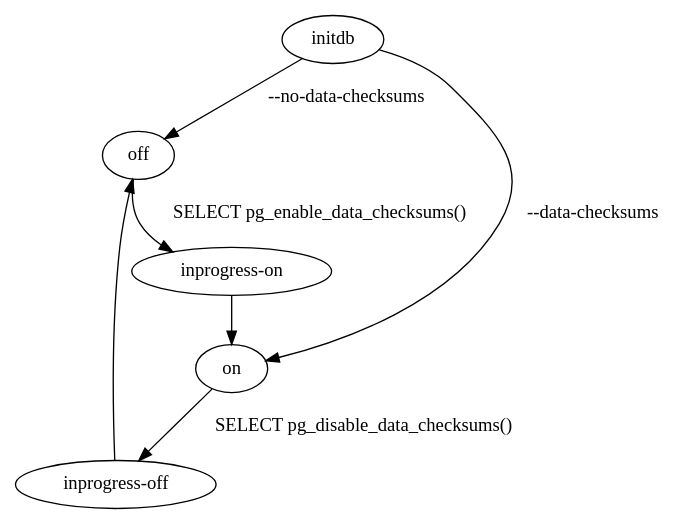
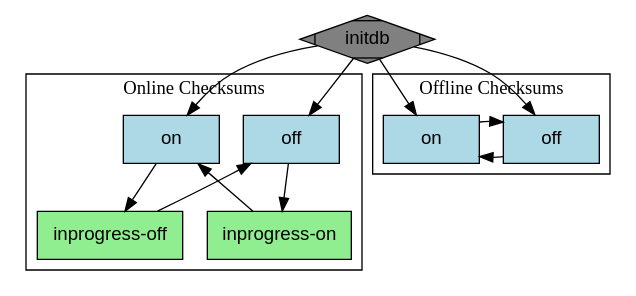
One commit to pgsty/pgdoc changed the diagram in zh/20/images/datachecksums.gv. Above: the diagram before and after it, drawn with Graphviz. The commit also changed 5 other files, not shown here.

First line of the commit message:
docs(zh20): clarify online and offline checksum transitions

```diff
--- a/zh/20/images/datachecksums.gv
+++ b/zh/20/images/datachecksums.gv
@@ -1,14 +1,49 @@
-digraph G {
-    A -> B [label="SELECT pg_enable_data_checksums()"];
-    B -> C;
-    D -> A;
-    C -> D [label="SELECT pg_disable_data_checksums()"];
-    E -> A [label=" --no-data-checksums"];
-    E -> C [label=" --data-checksums"];
+digraph "datachecksums_states" {
+  layout=dot;
+  node [label="", shape=box, style=filled, fillcolor=gray, width=1.0, fontname="sans-serif"];
 
-    A [label="off"];
-    B [label="inprogress-on"];
-    C [label="on"];
-    D [label="inprogress-off"];
-    E [label="initdb"];
+  m1 [label="initdb", shape=Mdiamond];
+
+  subgraph cluster01 {
+    label="Online Checksums";
+    subgraph agroup1 {
+      rank=same;
+      a1;
+      a3;
+    }
+
+    subgraph agroup2 {
+      rank=same;
+      a2;
+      a4;
+    }
+
+    a1 -> a2;
+    a2 -> a3;
+    a3 -> a4;
+    a4 -> a1;
+
+    a1 [fillcolor=lightblue, label="off"];
+    a2 [fillcolor=lightgreen, label="inprogress-on"];
+    a3 [fillcolor=lightblue, label="on"];
+    a4 [fillcolor=lightgreen, label="inprogress-off"];
+  }
+
+  subgraph cluster05 {
+    label="Offline Checksums";
+    subgraph bgroup2 {
+      rank=same;
+      b1 -> b2;
+    }
+
+    b2 -> b1;
+
+    b1 [fillcolor=lightblue, label="off"];
+    b2 [fillcolor=lightblue, label="on"];
+  }
+
+  m1 -> a1;
+  m1 -> a3;
+  m1 -> b1;
+  m1 -> b2;
 }
```
